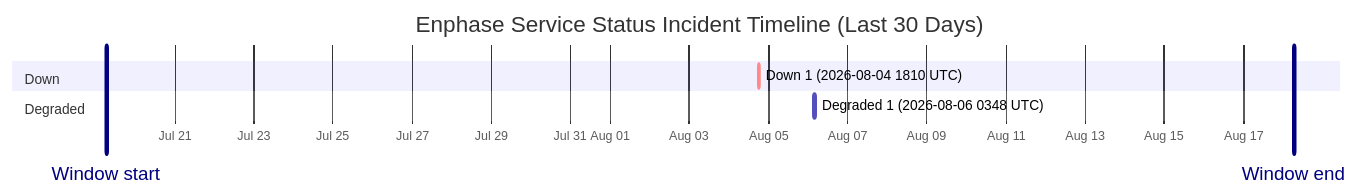
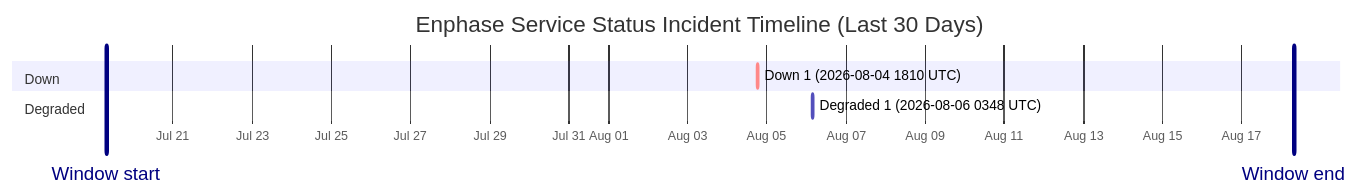
Before and after one commit to barneyonline/ha-enphase-energy: the diagram in wiki/Service-Status-History.md, drawn with Mermaid. The commit also changed other lines of this file and 3 other files, not shown here.

````diff
--- a/wiki/Service-Status-History.md
+++ b/wiki/Service-Status-History.md
@@ -14,12 +14,12 @@
 ```mermaid
 gantt
     title Enphase Service Status Incident Timeline (Last 30 Days)
     dateFormat  YYYY-MM-DDTHH:mm:ss
     axisFormat  %b %d
-    Window start :vert, window-start, 2026-07-19T06:40:13, 0ms
-    Window end :vert, window-end, 2026-08-18T06:40:13, 0ms
+    Window start :vert, window-start, 2026-07-19T07:35:42, 0ms
+    Window end :vert, window-end, 2026-08-18T07:35:42, 0ms
     section Down
     Down 1 (2026-08-04 1810 UTC) :crit, down-1, 2026-08-04T18:10:46, 60m
     section Degraded
     Degraded 1 (2026-08-06 0348 UTC) :active, degraded-1, 2026-08-06T03:48:14, 60m
 ```
````
